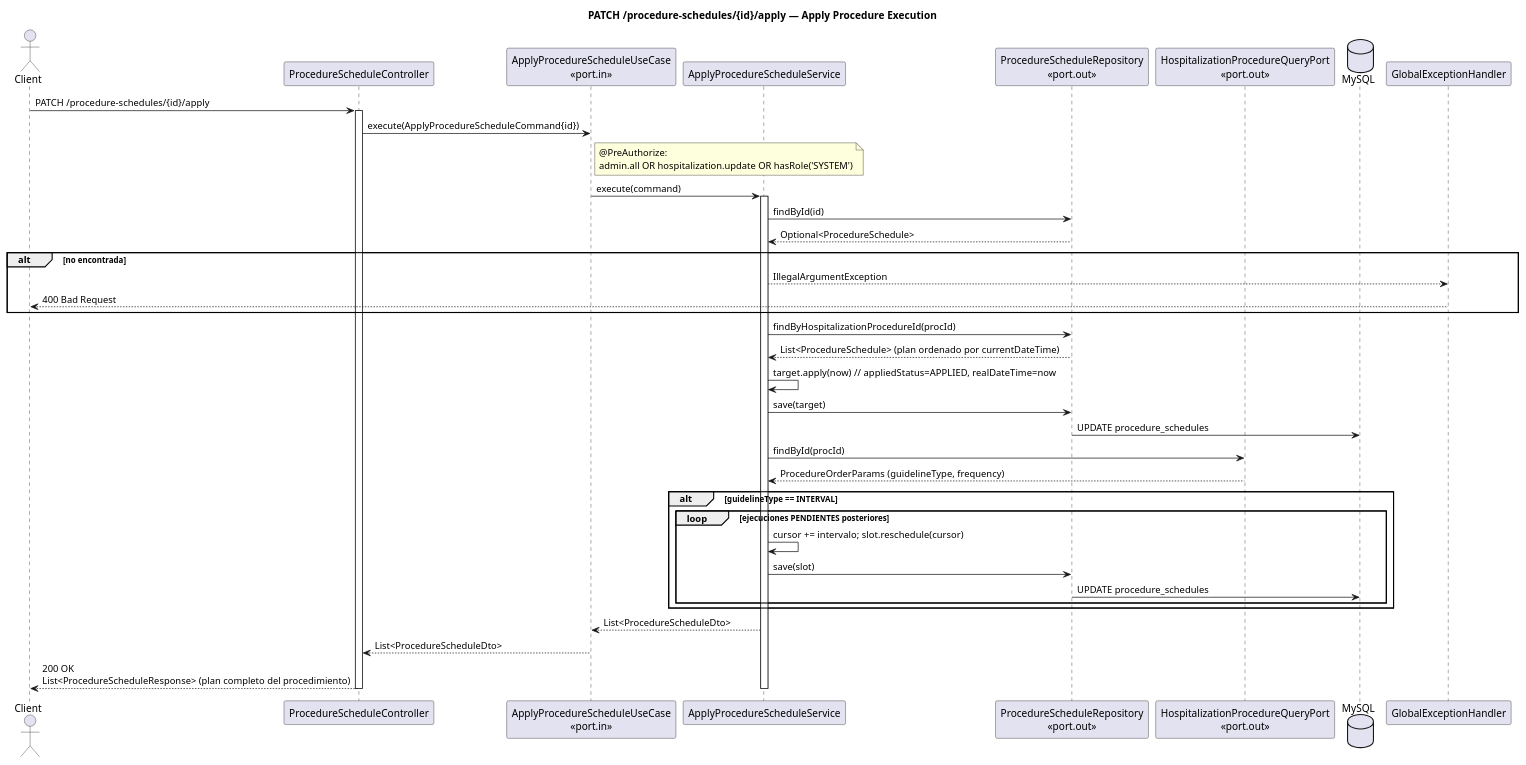
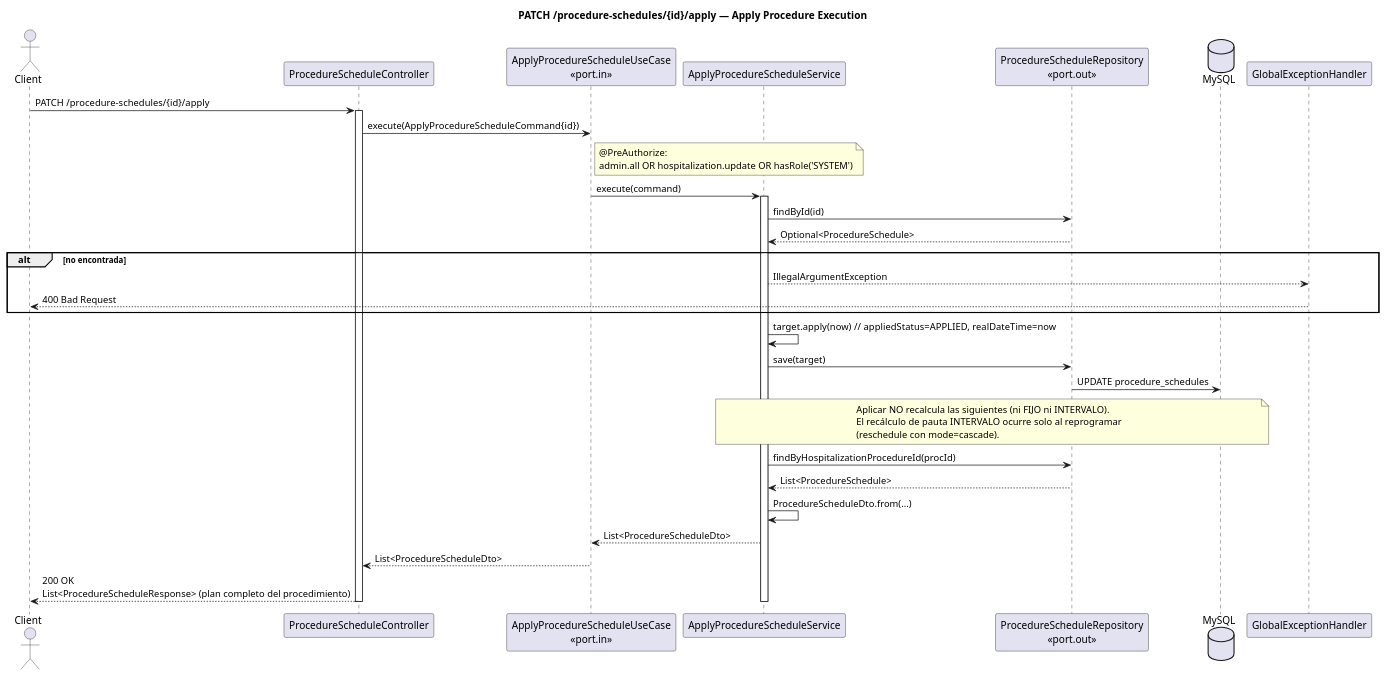
Before and after one commit to kefaroTech/vetsoftware-backend: the diagram in uml/sequenceDiagram/procedureschedule/apply.puml, drawn with PlantUML. The commit also changed 6 other files, not shown here.

Commit message:
♻️ refactor(schedule): ajusta aplicación de medication/procedure schedules

```diff
--- a/uml/sequenceDiagram/procedureschedule/apply.puml
+++ b/uml/sequenceDiagram/procedureschedule/apply.puml
@@ -1,52 +1,48 @@
 @startuml procedure_schedule_apply
 title PATCH /procedure-schedules/{id}/apply — Apply Procedure Execution
 
 actor Client
 participant "ProcedureScheduleController" as Controller
 participant "ApplyProcedureScheduleUseCase\n<<port.in>>" as UseCase
 participant "ApplyProcedureScheduleService" as Service
 participant "ProcedureScheduleRepository\n<<port.out>>" as Repo
-participant "HospitalizationProcedureQueryPort\n<<port.out>>" as ProcQP
 database "MySQL" as DB
 participant "GlobalExceptionHandler" as GEH
 
 Client -> Controller : PATCH /procedure-schedules/{id}/apply
 activate Controller
 Controller -> UseCase : execute(ApplyProcedureScheduleCommand{id})
 note right of UseCase
   @PreAuthorize:
   admin.all OR hospitalization.update OR hasRole('SYSTEM')
 end note
 UseCase -> Service : execute(command)
 activate Service
 
 Service -> Repo : findById(id)
 Repo --> Service : Optional<ProcedureSchedule>
 alt no encontrada
   Service --> GEH : IllegalArgumentException
   GEH --> Client : 400 Bad Request
 end
 
-Service -> Repo : findByHospitalizationProcedureId(procId)
-Repo --> Service : List<ProcedureSchedule> (plan ordenado por currentDateTime)
 Service -> Service : target.apply(now)  // appliedStatus=APPLIED, realDateTime=now
 Service -> Repo : save(target)
 Repo -> DB : UPDATE procedure_schedules
 
-Service -> ProcQP : findById(procId)
-ProcQP --> Service : ProcedureOrderParams (guidelineType, frequency)
-alt guidelineType == INTERVAL
-  loop ejecuciones PENDIENTES posteriores
-    Service -> Service : cursor += intervalo;  slot.reschedule(cursor)
-    Service -> Repo : save(slot)
-    Repo -> DB : UPDATE procedure_schedules
-  end
-end
+note over Service, DB
+  Aplicar NO recalcula las siguientes (ni FIJO ni INTERVALO).
+  El recálculo de pauta INTERVALO ocurre solo al reprogramar
+  (reschedule con mode=cascade).
+end note
 
+Service -> Repo : findByHospitalizationProcedureId(procId)
+Repo --> Service : List<ProcedureSchedule>
+Service -> Service : ProcedureScheduleDto.from(...)
 Service --> UseCase : List<ProcedureScheduleDto>
 UseCase --> Controller : List<ProcedureScheduleDto>
 Controller --> Client : 200 OK\nList<ProcedureScheduleResponse> (plan completo del procedimiento)
 deactivate Service
 deactivate Controller
 
 @enduml
```
